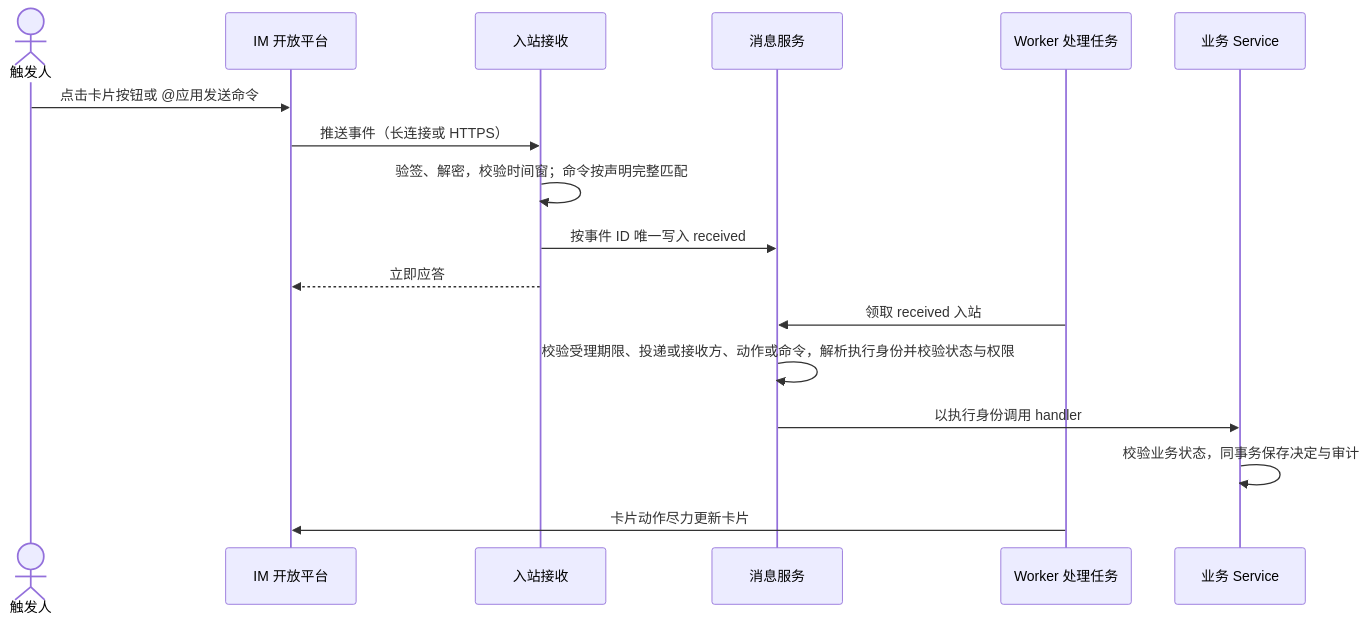
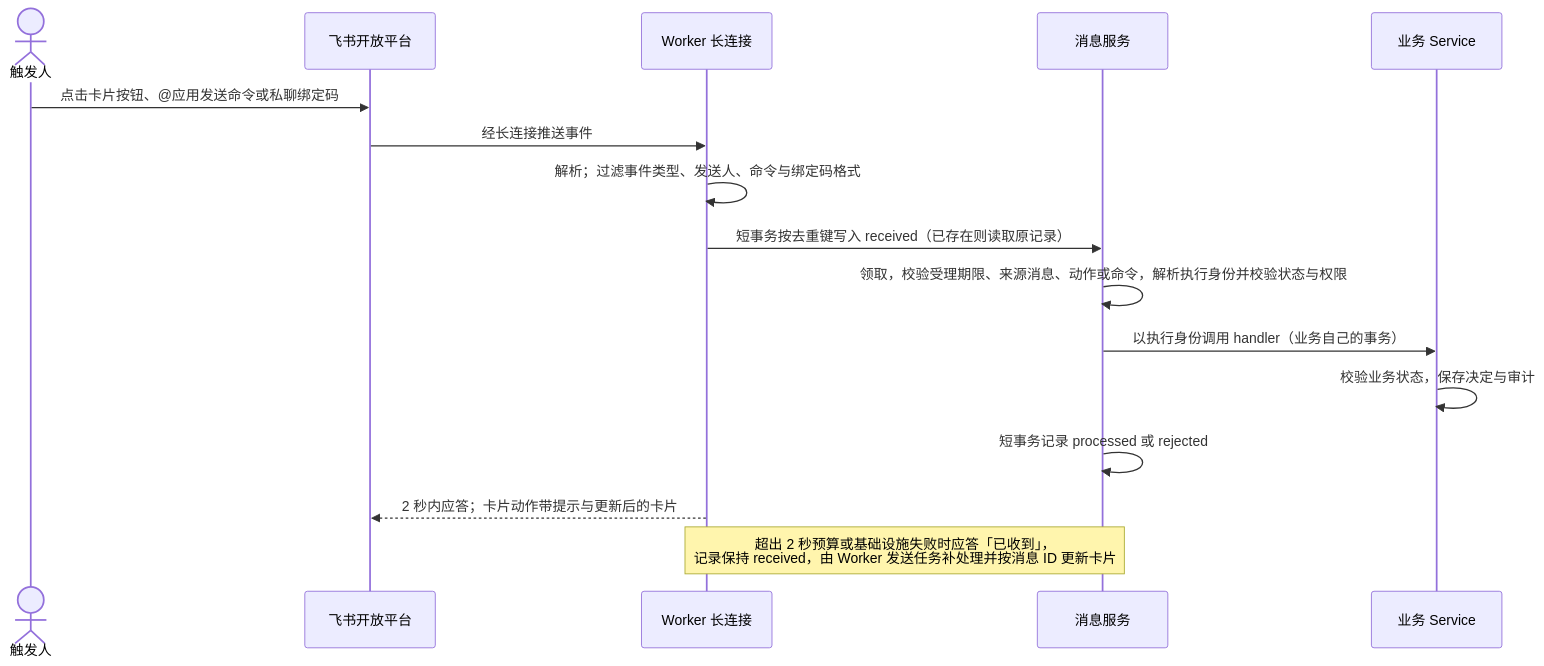
Before and after one commit to pfjhyyj/keystone: the third of 3 diagrams in docs/domains/messaging.md, drawn with Mermaid. The commit also changed other lines of this file and 35 other files, not shown here.

````diff
--- a/docs/domains/messaging.md
+++ b/docs/domains/messaging.md
@@ -160,19 +165,18 @@
 ```mermaid
 sequenceDiagram
     actor U as 触发人
-    participant P as IM 开放平台
-    participant I as 入站接收
+    participant P as 飞书开放平台
+    participant C as Worker 长连接
     participant M as 消息服务
-    participant W as Worker 处理任务
     participant B as 业务 Service
-    U->>P: 点击卡片按钮或 @应用发送命令
-    P->>I: 推送事件（长连接或 HTTPS）
-    I->>I: 验签、解密，校验时间窗；命令按声明完整匹配
-    I->>M: 按事件 ID 唯一写入 received
-    I-->>P: 立即应答
-    W->>M: 领取 received 入站
-    M->>M: 校验受理期限、投递或接收方、动作或命令，解析执行身份并校验状态与权限
-    M->>B: 以执行身份调用 handler
-    B->>B: 校验业务状态，同事务保存决定与审计
-    W->>P: 卡片动作尽力更新卡片
+    U->>P: 点击卡片按钮、@应用发送命令或私聊绑定码
+    P->>C: 经长连接推送事件
+    C->>C: 解析；过滤事件类型、发送人、命令与绑定码格式
+    C->>M: 短事务按去重键写入 received（已存在则读取原记录）
+    M->>M: 领取，校验受理期限、来源消息、动作或命令，解析执行身份并校验状态与权限
+    M->>B: 以执行身份调用 handler（业务自己的事务）
+    B->>B: 校验业务状态，保存决定与审计
+    M->>M: 短事务记录 processed 或 rejected
+    C-->>P: 2 秒内应答；卡片动作带提示与更新后的卡片
+    Note over C,M: 超出 2 秒预算或基础设施失败时应答「已收到」，<br/>记录保持 received，由 Worker 发送任务补处理并按消息 ID 更新卡片
 ```
````
